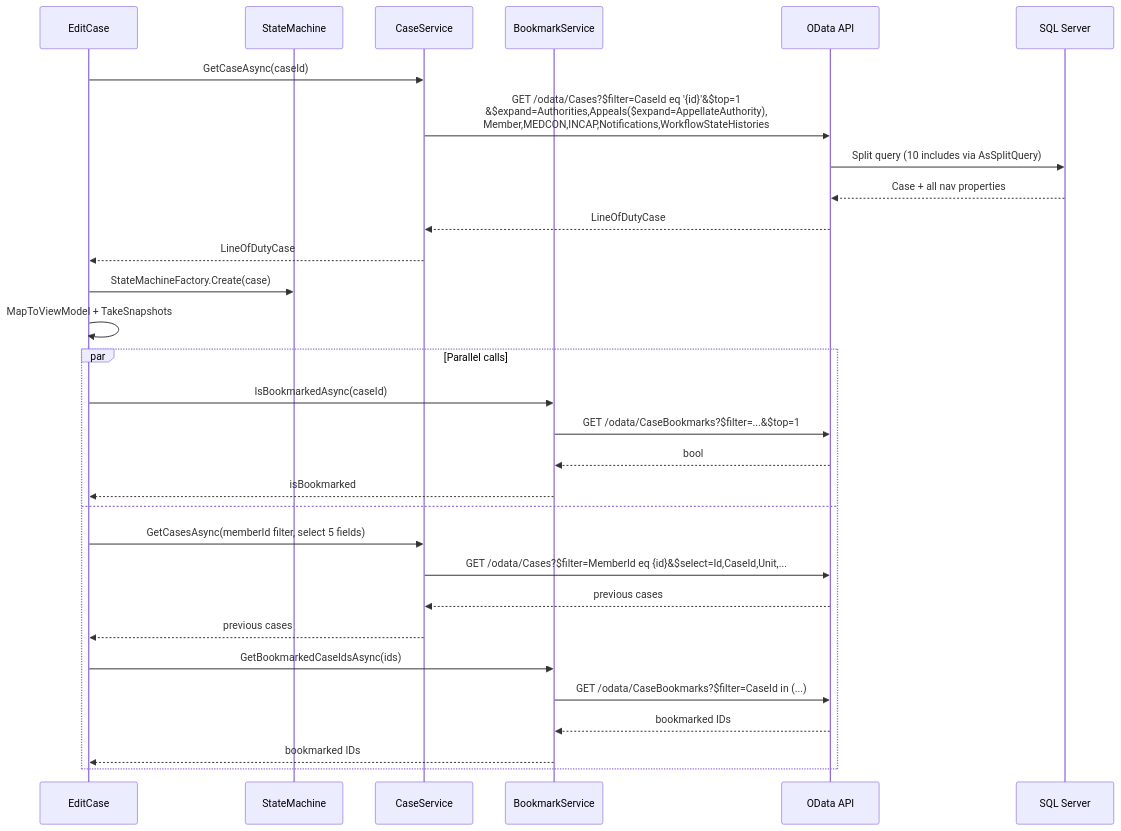
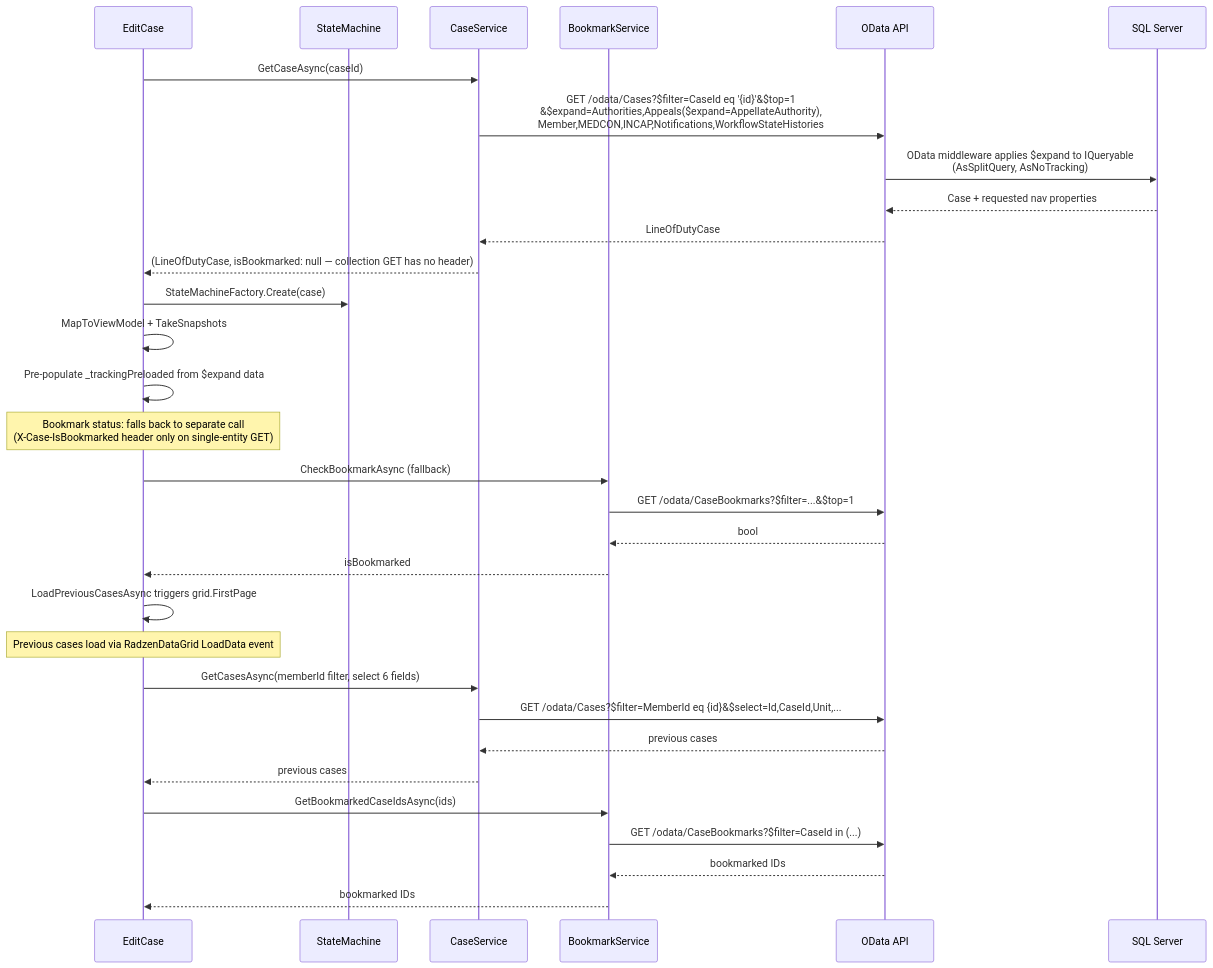
Before and after one commit to donellmccoy/FormValidationExperiments: the first of 4 diagrams in docs/call-sequence-analysis.md, drawn with Mermaid. The commit also changed other lines of this file and 9 other files, not shown here.

First line of the commit message:
Implement plans for OData concerns #2, #3, and #4; embed bookmark status in case response; reduce IncludeAllNavigations overhead

````diff
--- a/docs/call-sequence-analysis.md
+++ b/docs/call-sequence-analysis.md
@@ -5,35 +5,38 @@
 ```mermaid
 sequenceDiagram
     participant UI as EditCase
     participant SM as StateMachine
     participant CS as CaseService
     participant BS as BookmarkService
     participant API as OData API
     participant DB as SQL Server
 
     UI->>CS: GetCaseAsync(caseId)
     CS->>API: GET /odata/Cases?$filter=CaseId eq '{id}'&$top=1<br/>&$expand=Authorities,Appeals($expand=AppellateAuthority),<br/>Member,MEDCON,INCAP,Notifications,WorkflowStateHistories
-    API->>DB: Split query (10 includes via AsSplitQuery)
-    DB-->>API: Case + all nav properties
+    API->>DB: OData middleware applies $expand to IQueryable<br/>(AsSplitQuery, AsNoTracking)
+    DB-->>API: Case + requested nav properties
     API-->>CS: LineOfDutyCase
-    CS-->>UI: LineOfDutyCase
+    CS-->>UI: (LineOfDutyCase, isBookmarked: null — collection GET has no header)
 
     UI->>SM: StateMachineFactory.Create(case)
     UI->>UI: MapToViewModel + TakeSnapshots
+    UI->>UI: Pre-populate _trackingPreloaded from $expand data
 
-    par Parallel calls
-        UI->>BS: IsBookmarkedAsync(caseId)
-        BS->>API: GET /odata/CaseBookmarks?$filter=...&$top=1
-        API-->>BS: bool
-        BS-->>UI: isBookmarked
-    and
-        UI->>CS: GetCasesAsync(memberId filter, select 5 fields)
-        CS->>API: GET /odata/Cases?$filter=MemberId eq {id}&$select=Id,CaseId,Unit,...
-        API-->>CS: previous cases
-        CS-->>UI: previous cases
-        UI->>BS: GetBookmarkedCaseIdsAsync(ids)
-        BS->>API: GET /odata/CaseBookmarks?$filter=CaseId in (...)
-        API-->>BS: bookmarked IDs
-        BS-->>UI: bookmarked IDs
-    end
+    Note over UI: Bookmark status: falls back to separate call<br/>(X-Case-IsBookmarked header only on single-entity GET)
+
+    UI->>BS: CheckBookmarkAsync (fallback)
+    BS->>API: GET /odata/CaseBookmarks?$filter=...&$top=1
+    API-->>BS: bool
+    BS-->>UI: isBookmarked
+
+    UI->>UI: LoadPreviousCasesAsync triggers grid.FirstPage
+    Note over UI: Previous cases load via RadzenDataGrid LoadData event
+    UI->>CS: GetCasesAsync(memberId filter, select 6 fields)
+    CS->>API: GET /odata/Cases?$filter=MemberId eq {id}&$select=Id,CaseId,Unit,...
+    API-->>CS: previous cases
+    CS-->>UI: previous cases
+    UI->>BS: GetBookmarkedCaseIdsAsync(ids)
+    BS->>API: GET /odata/CaseBookmarks?$filter=CaseId in (...)
+    API-->>BS: bookmarked IDs
+    BS-->>UI: bookmarked IDs
 ```
````
